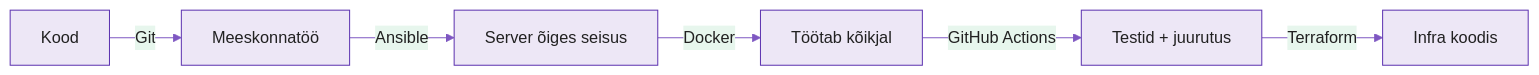
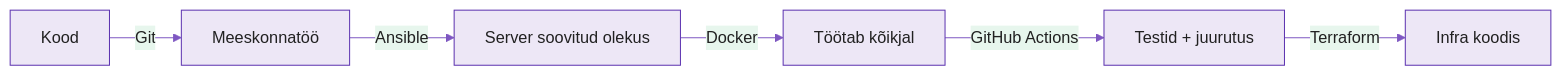
Before and after one commit to hkhk-automation/devops: the second of 2 diagrams in docs/week01/lecture.md, drawn with Mermaid. The commit also changed other lines of this file and 12 other files, not shown here.

````diff
--- a/docs/week01/lecture.md
+++ b/docs/week01/lecture.md
@@ -234,9 +225,9 @@
 ```mermaid
 %%{init: {'theme':'base','themeVariables':{'primaryColor':'#ede7f6','primaryBorderColor':'#5e35b1','primaryTextColor':'#212121','lineColor':'#7e57c2'}}}%%
 graph LR
     A[Kood] -->|Git| B[Meeskonnatöö]
-    B -->|Ansible| C[Server õiges seisus]
+    B -->|Ansible| C[Server soovitud olekus]
     C -->|Docker| D[Töötab kõikjal]
     D -->|GitHub Actions| E[Testid + juurutus]
     E -->|Terraform| F[Infra koodis]
 ```
````
